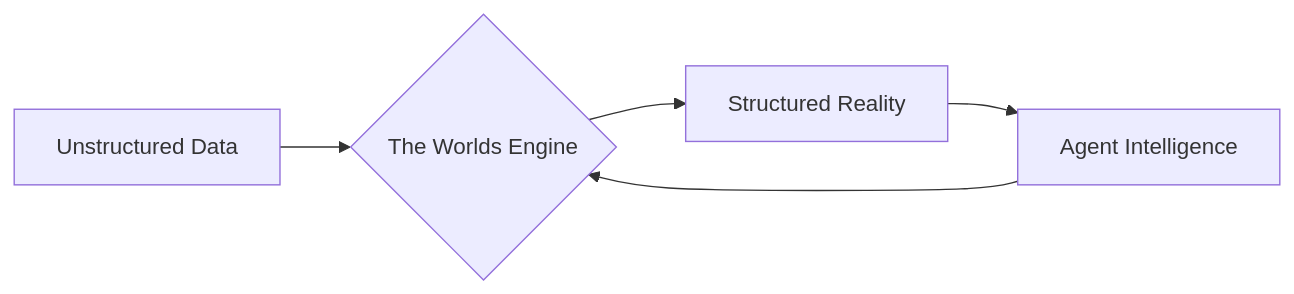
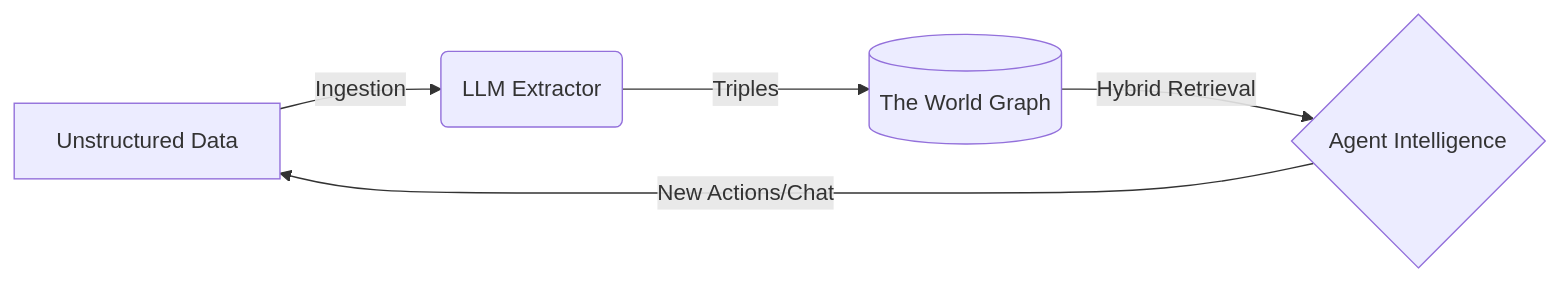
One commit to wazootech/worlds changed the diagram in packages/docs/concepts/how-it-works.mdx. Above: the diagram before and after it, drawn with Mermaid. The commit also changed other lines of this file and 9 other files, not shown here.

````diff
--- a/packages/docs/concepts/how-it-works.mdx
+++ b/packages/docs/concepts/how-it-works.mdx
@@ -35,7 +62,7 @@
 ```mermaid
 graph LR
-    A[Unstructured Data] --> B{The Worlds Engine}
-    B --> C[Structured Reality]
-    C --> D[Agent Intelligence]
-    D --> B
+    A[Unstructured Data] -->|Ingestion| B(LLM Extractor)
+    B -->|Triples| C[(The World Graph)]
+    C -->|Hybrid Retrieval| D{Agent Intelligence}
+    D -->|New Actions/Chat| A
 ```
````
